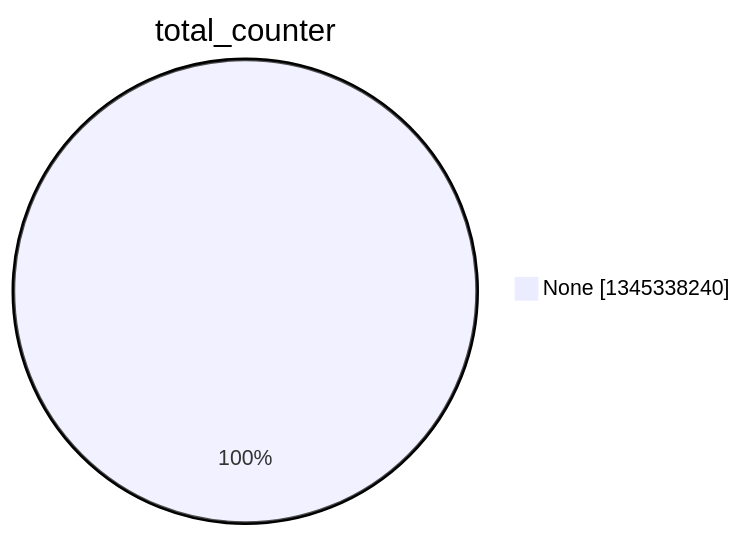
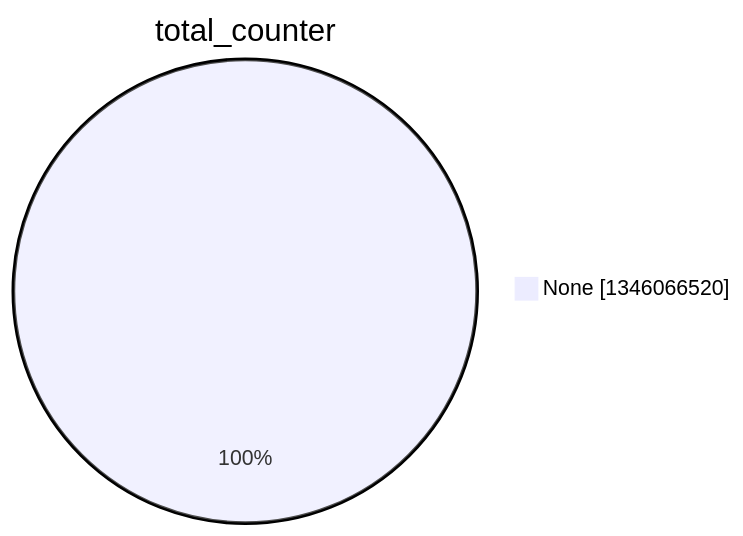
Before and after one commit to christiankrug/ctmonitor_visualization: the second of 15 diagrams in argon2022/README.md, drawn with Mermaid. The commit also changed other lines of this file, not shown here.

````diff
--- a/argon2022/README.md
+++ b/argon2022/README.md
@@ -9,5 +9,5 @@
 ```mermaid
 pie showData
 title total_counter
-"None" :1345338240
+"None" :1346066520
 ```
````
